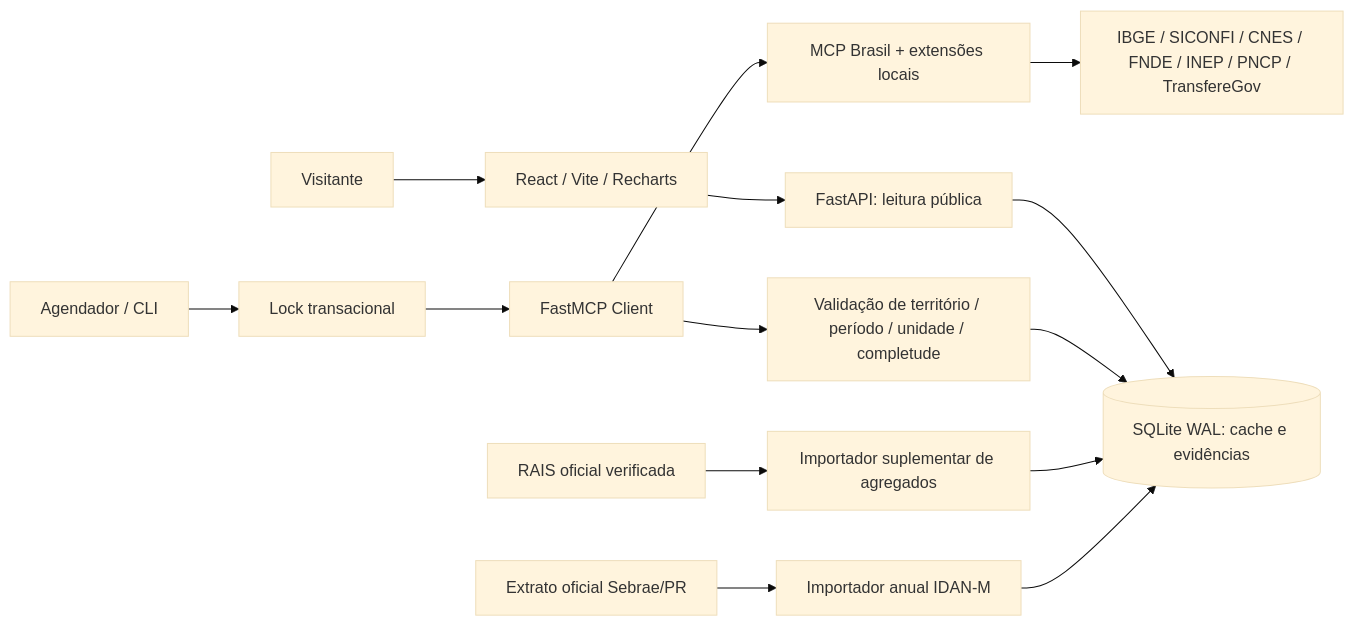
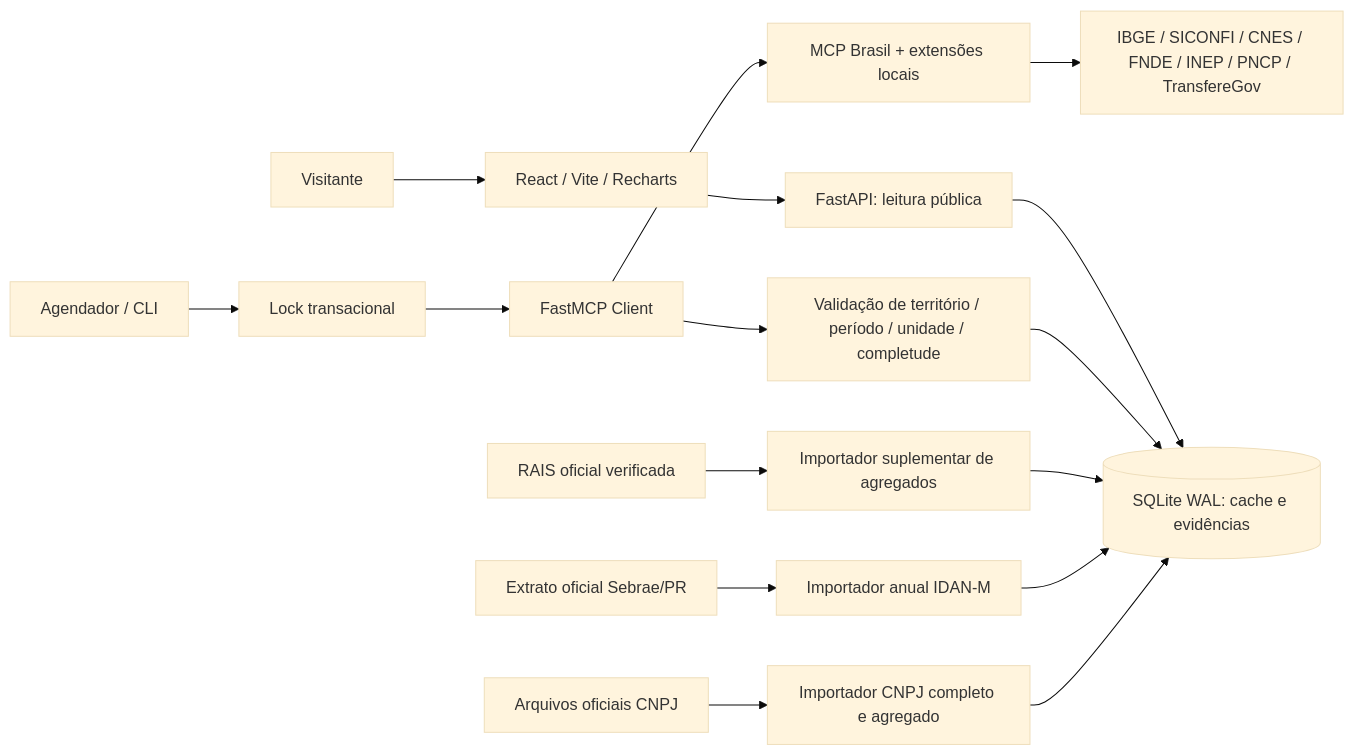
Before and after one commit to Prefeitura-de-Turvo/INOVACAO-Observatorio-Municipal: the diagram in docs/arquitetura.md, drawn with Mermaid (base theme). The commit also changed other lines of this file and 20 other files, not shown here.

````diff
--- a/docs/arquitetura.md
+++ b/docs/arquitetura.md
@@ -3,16 +3,18 @@
 ```mermaid
 flowchart LR
   visitante[Visitante] --> react[React / Vite / Recharts]
   react --> api[FastAPI: leitura pública]
   api --> cache[(SQLite WAL: cache e evidências)]
   scheduler[Agendador / CLI] --> lock[Lock transacional]
   lock --> client[FastMCP Client]
   client --> bridge[MCP Brasil + extensões locais]
   bridge --> oficiais[IBGE / SICONFI / CNES / FNDE / INEP / PNCP / TransfereGov]
   client --> validacao[Validação de território / período / unidade / completude]
   validacao --> cache
   arquivo[RAIS oficial verificada] --> importador[Importador suplementar de agregados]
   importador --> cache
   extrato[Extrato oficial Sebrae/PR] --> idan[Importador anual IDAN-M]
   idan --> cache
+  cnpj[Arquivos oficiais CNPJ] --> cnpjAgg[Importador CNPJ completo e agregado]
+  cnpjAgg --> cache
 ```
````
